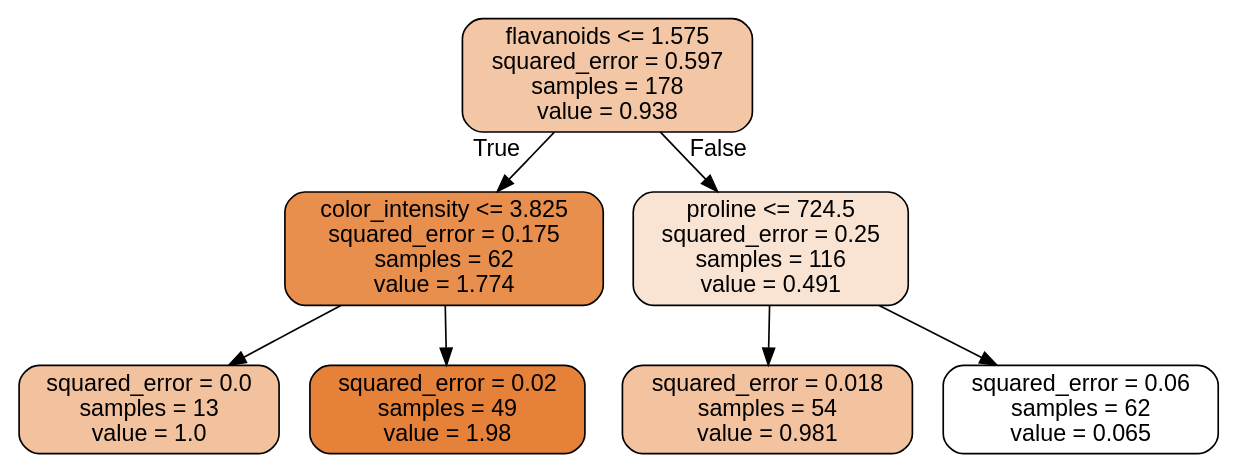
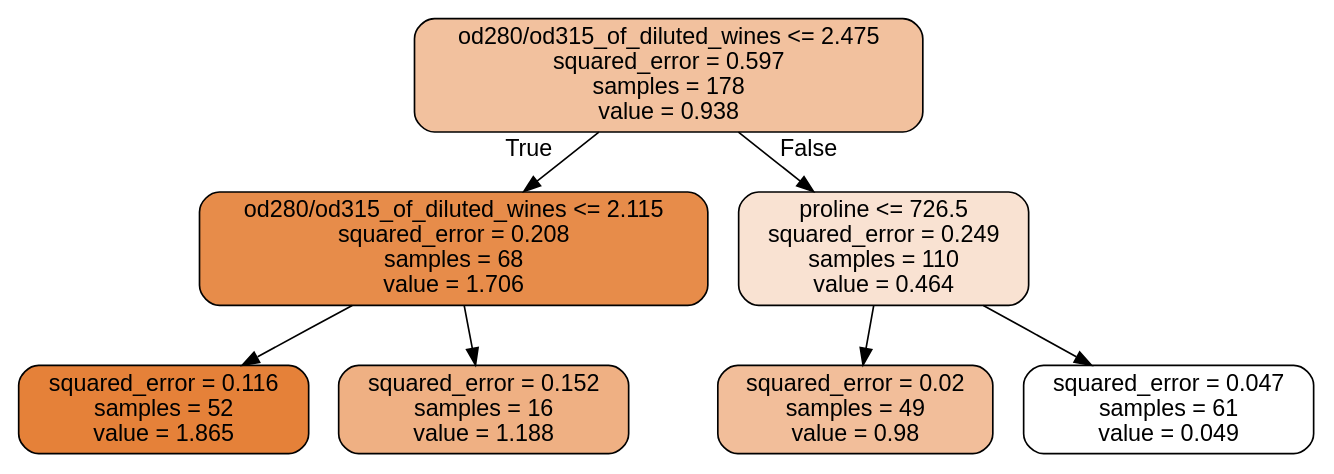
Before and after one commit to Megarekrut65/Intelligent-Systems-Models: the diagram in Labs/Lab7/images/decision_trees/wine_tree_reg.dot, drawn with Graphviz. The commit also changed 3 other files, not shown here.

Commit message:
Added graphs to lab7

```diff
--- a/Labs/Lab7/images/decision_trees/wine_tree_reg.dot
+++ b/Labs/Lab7/images/decision_trees/wine_tree_reg.dot
@@ -1,17 +1,17 @@
 digraph Tree {
 node [shape=box, style="filled, rounded", color="black", fontname="helvetica"] ;
 edge [fontname="helvetica"] ;
-0 [label="flavanoids <= 1.575\nsquared_error = 0.597\nsamples = 178\nvalue = 0.938", fillcolor="#f3c6a5"] ;
-1 [label="color_intensity <= 3.825\nsquared_error = 0.175\nsamples = 62\nvalue = 1.774", fillcolor="#e88f4e"] ;
+0 [label="od280/od315_of_diluted_wines <= 2.475\nsquared_error = 0.597\nsamples = 178\nvalue = 0.938", fillcolor="#f2c19e"] ;
+1 [label="od280/od315_of_diluted_wines <= 2.115\nsquared_error = 0.208\nsamples = 68\nvalue = 1.706", fillcolor="#e78c4a"] ;
 0 -> 1 [labeldistance=2.5, labelangle=45, headlabel="True"] ;
-2 [label="squared_error = 0.0\nsamples = 13\nvalue = 1.0", fillcolor="#f2c19e"] ;
+2 [label="squared_error = 0.116\nsamples = 52\nvalue = 1.865", fillcolor="#e58139"] ;
 1 -> 2 ;
-3 [label="squared_error = 0.02\nsamples = 49\nvalue = 1.98", fillcolor="#e58139"] ;
+3 [label="squared_error = 0.152\nsamples = 16\nvalue = 1.188", fillcolor="#efb083"] ;
 1 -> 3 ;
-4 [label="proline <= 724.5\nsquared_error = 0.25\nsamples = 116\nvalue = 0.491", fillcolor="#f9e3d3"] ;
+4 [label="proline <= 726.5\nsquared_error = 0.249\nsamples = 110\nvalue = 0.464", fillcolor="#f9e2d2"] ;
 0 -> 4 [labeldistance=2.5, labelangle=-45, headlabel="False"] ;
-5 [label="squared_error = 0.018\nsamples = 54\nvalue = 0.981", fillcolor="#f3c3a0"] ;
+5 [label="squared_error = 0.02\nsamples = 49\nvalue = 0.98", fillcolor="#f2be9a"] ;
 4 -> 5 ;
-6 [label="squared_error = 0.06\nsamples = 62\nvalue = 0.065", fillcolor="#ffffff"] ;
+6 [label="squared_error = 0.047\nsamples = 61\nvalue = 0.049", fillcolor="#ffffff"] ;
 4 -> 6 ;
 }
```
